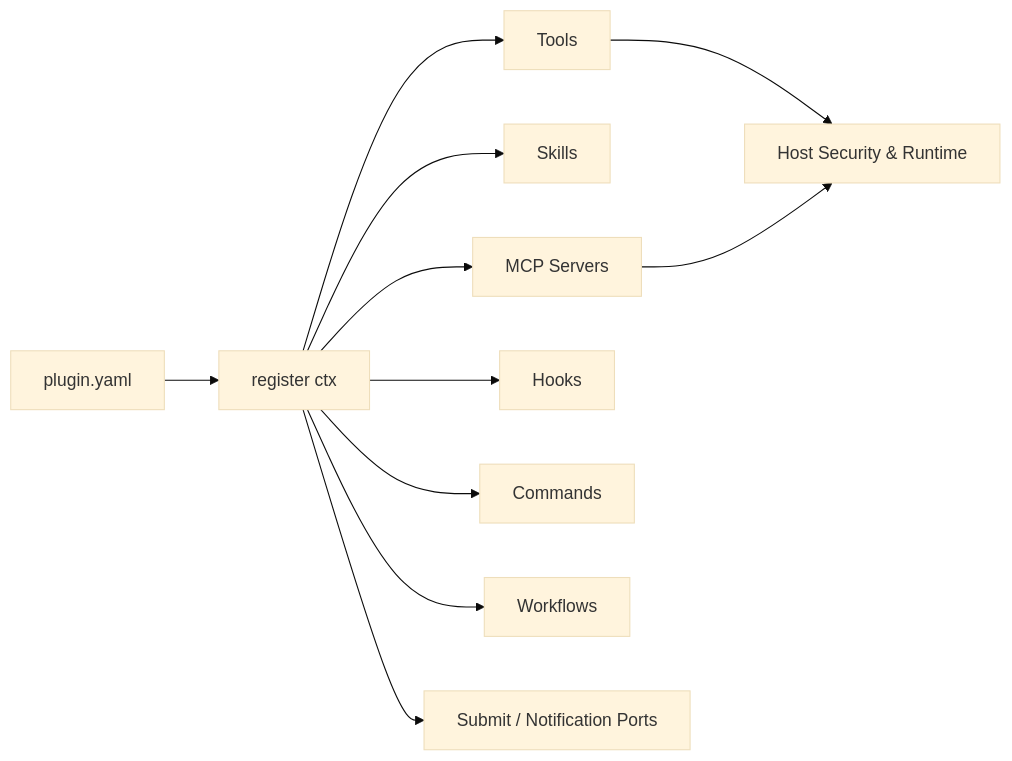
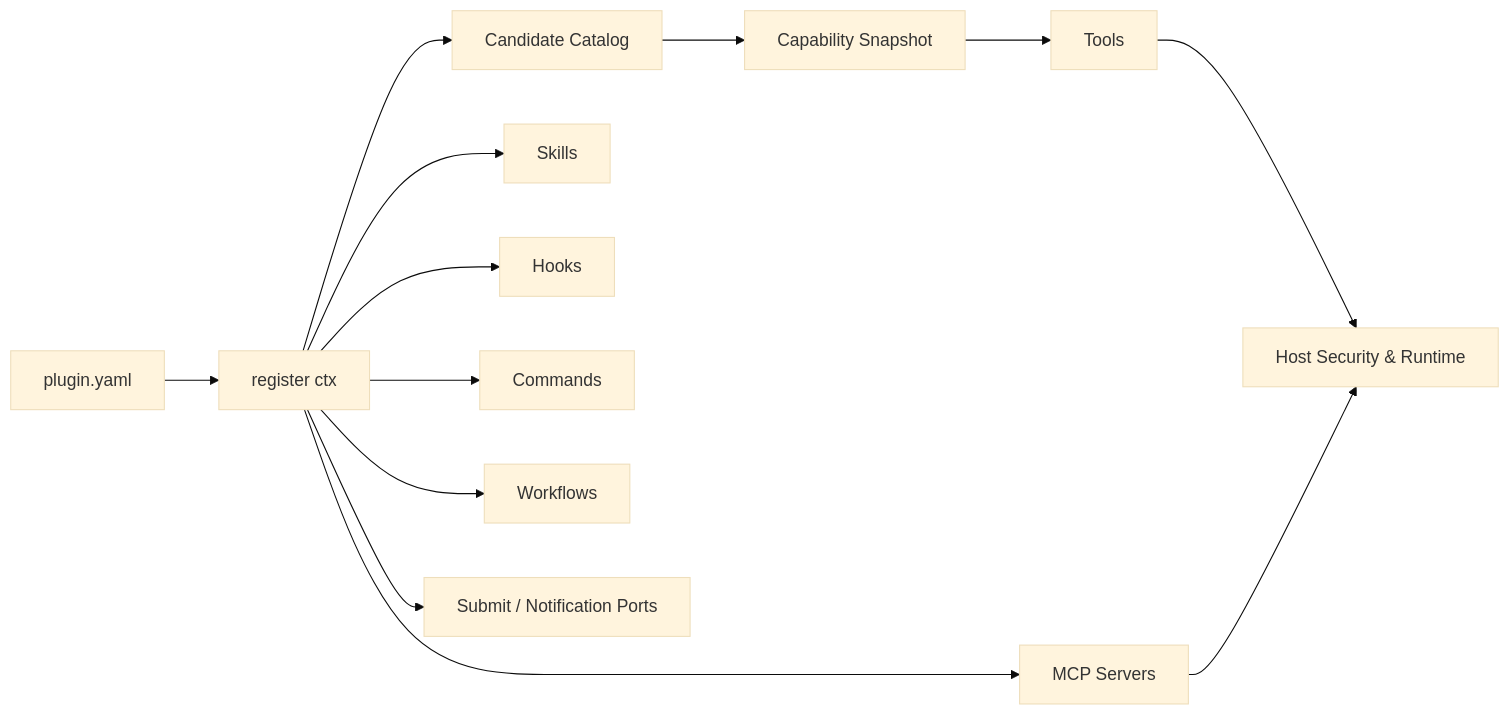
Before and after one commit to sjs126y/luna-agent: the diagram in docs/plugins.md, drawn with Mermaid (base theme). The commit also changed other lines of this file and 22 other files, not shown here.

````diff
--- a/docs/plugins.md
+++ b/docs/plugins.md
@@ -24,12 +25,14 @@
 ```mermaid
 flowchart LR
     Manifest[plugin.yaml] --> Register[register ctx]
-    Register --> Tool[Tools]
+    Register --> Candidate[Candidate Catalog]
+    Candidate --> Snapshot[Capability Snapshot]
+    Snapshot --> Tool[Tools]
     Register --> Skill[Skills]
     Register --> MCP[MCP Servers]
     Register --> Hook[Hooks]
     Register --> Command[Commands]
     Register --> Workflow[Workflows]
     Register --> Port[Submit / Notification Ports]
     Tool & MCP --> Pipeline[Host Security & Runtime]
 ```
````
